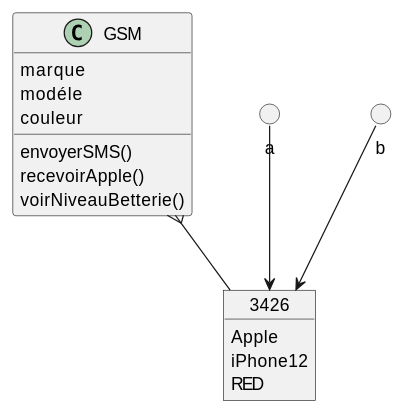
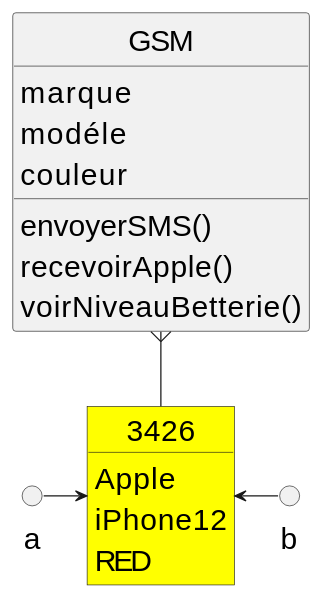
One commit to qlurkin/qlurkin.github.io changed the second of 6 diagrams in docs/courses/poo/slides/deck1/index.md. Above: the diagram before and after it, drawn with PlantUML. The commit also changed other lines of this file and 4 other files, not shown here.

Commit message:
Fix diagrams

````diff
--- a/docs/courses/poo/slides/deck1/index.md
+++ b/docs/courses/poo/slides/deck1/index.md
@@ -89,27 +96,34 @@
 ```plantuml {.build}
 @startuml
+hide circle
+skinparam classAttributeIconSize 0
+skinparam object {
+BackgroundColor Yellow
+}
+skinparam defaultFontSize 24
+
 class GSM {
  marque
  modéle
  couleur
  envoyerSMS()
  recevoirApple()
  voirNiveauBetterie()
 }
 
 object 3426 {
   Apple
   iPhone12
   RED
 }
 
 circle a
 circle b
 
 GSM }-- 3426
 
-a --> 3426
-b --> 3426
+a -right-> 3426
+b -left-> 3426
 
 @enduml
 ```
````
